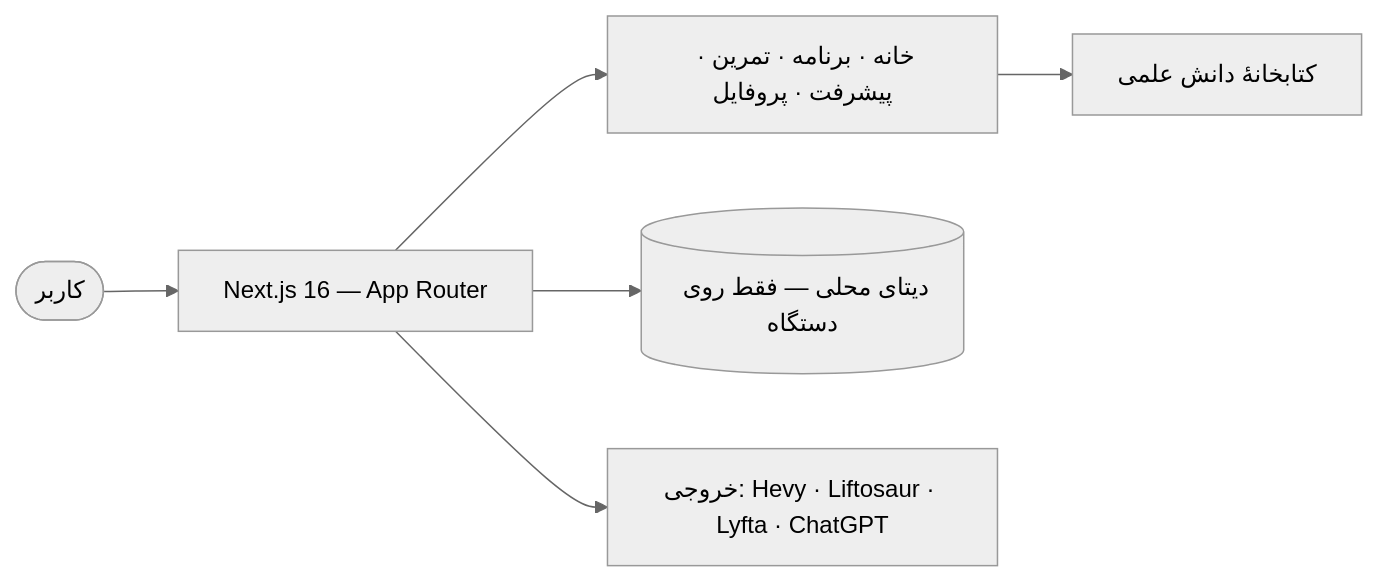
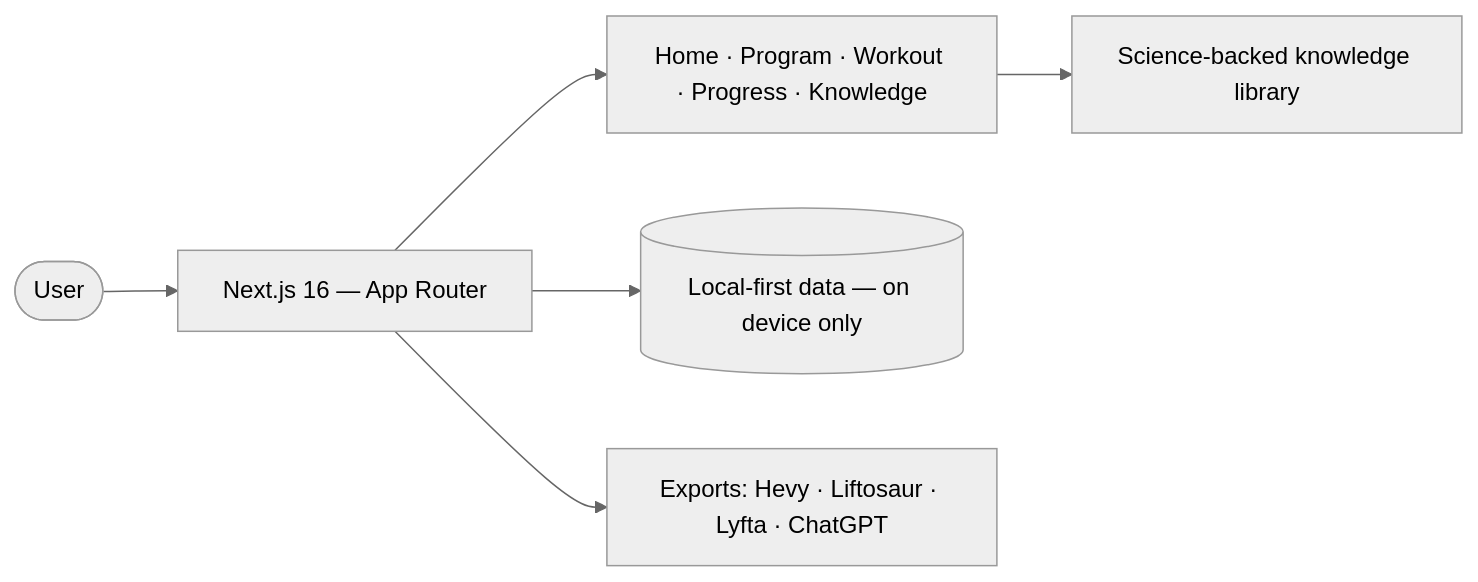
One commit to CheginiSoroush/Workout changed the diagram in README.md. Above: the diagram before and after it, drawn with Mermaid (neutral theme). The commit also changed other lines of this file and 24 other files, not shown here.

````diff
--- a/README.md
+++ b/README.md
@@ -66,8 +65,8 @@
 ```mermaid
 graph LR
-  A([کاربر]) --> B[Next.js 16 — App Router]
-  B --> C[خانه · برنامه · تمرین · پیشرفت · پروفایل]
-  B --> D[(دیتای محلی — فقط روی دستگاه)]
-  B --> E[خروجی: Hevy · Liftosaur · Lyfta · ChatGPT]
-  C --> F[کتابخانهٔ دانش علمی]
+  A([User]) --> B[Next.js 16 — App Router]
+  B --> C[Home · Program · Workout · Progress · Knowledge]
+  B --> D[(Local-first data — on device only)]
+  B --> E[Exports: Hevy · Liftosaur · Lyfta · ChatGPT]
+  C --> F[Science-backed knowledge library]
 ```
````
